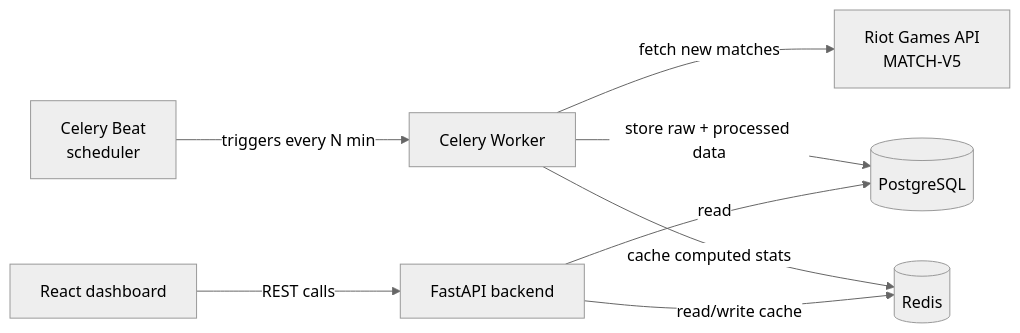
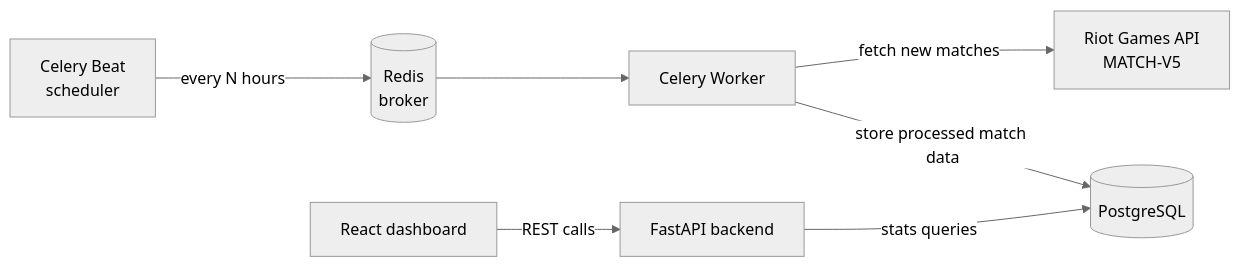
One commit to MaccSob/LeagueTracker changed the diagram in README.md. Above: the diagram before and after it, drawn with Mermaid (neutral theme). The commit also changed other lines of this file, not shown here.

````diff
--- a/README.md
+++ b/README.md
@@ -23,10 +26,9 @@
 ```mermaid
 flowchart LR
-    A[Celery Beat<br/>scheduler] -->|triggers every N min| B[Celery Worker]
+    A[Celery Beat<br/>scheduler] -->|every N hours| R[(Redis<br/>broker)]
+    R --> B[Celery Worker]
     B -->|fetch new matches| C[Riot Games API<br/>MATCH-V5]
-    B -->|store raw + processed data| D[(PostgreSQL)]
-    B -->|cache computed stats| E[(Redis)]
-    F[FastAPI backend] -->|read| D
-    F -->|read/write cache| E
+    B -->|store processed match data| D[(PostgreSQL)]
+    F[FastAPI backend] -->|stats queries| D
     G[React dashboard] -->|REST calls| F
 ```
````
